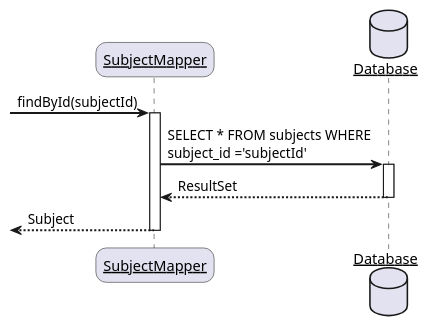
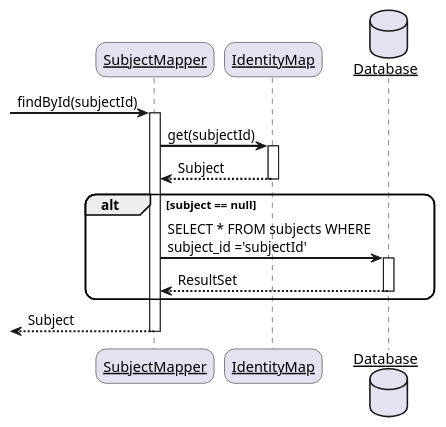
The diagram in docs/diagrams/sequence/identityMap.puml (omjadas/ekzameno), drawn with PlantUML before and after one commit. The commit also changed 1 other file, not shown here.

Commit message:
fix: identity Map sequence diagram

```diff
--- a/docs/diagrams/sequence/identityMap.puml
+++ b/docs/diagrams/sequence/identityMap.puml
@@ -1,23 +1,34 @@
 @startuml Identity Map
 
 skinparam sequenceArrowThickness 2
 skinparam roundcorner 20
 skinparam maxmessagesize 200
 skinparam sequenceParticipant underline
 
 participant "SubjectMapper" as A
-database Database as B
+participant "IdentityMap" as B
+database Database as C
 
 -> A: findById(subjectId)
 activate A
 
-A -> B: SELECT * FROM subjects WHERE subject_id ='subjectId'
+A -> B:get(subjectId)
 activate B
 
-B --> A: ResultSet
+B --> A:Subject
 deactivate B
+
+alt subject == null
+    
+    A -> C: SELECT * FROM subjects WHERE subject_id ='subjectId'
+    activate C
+    
+    C --> A: ResultSet
+    deactivate C
+
+end 
 
 <-- A : Subject
 deactivate A
 
 @enduml
```
